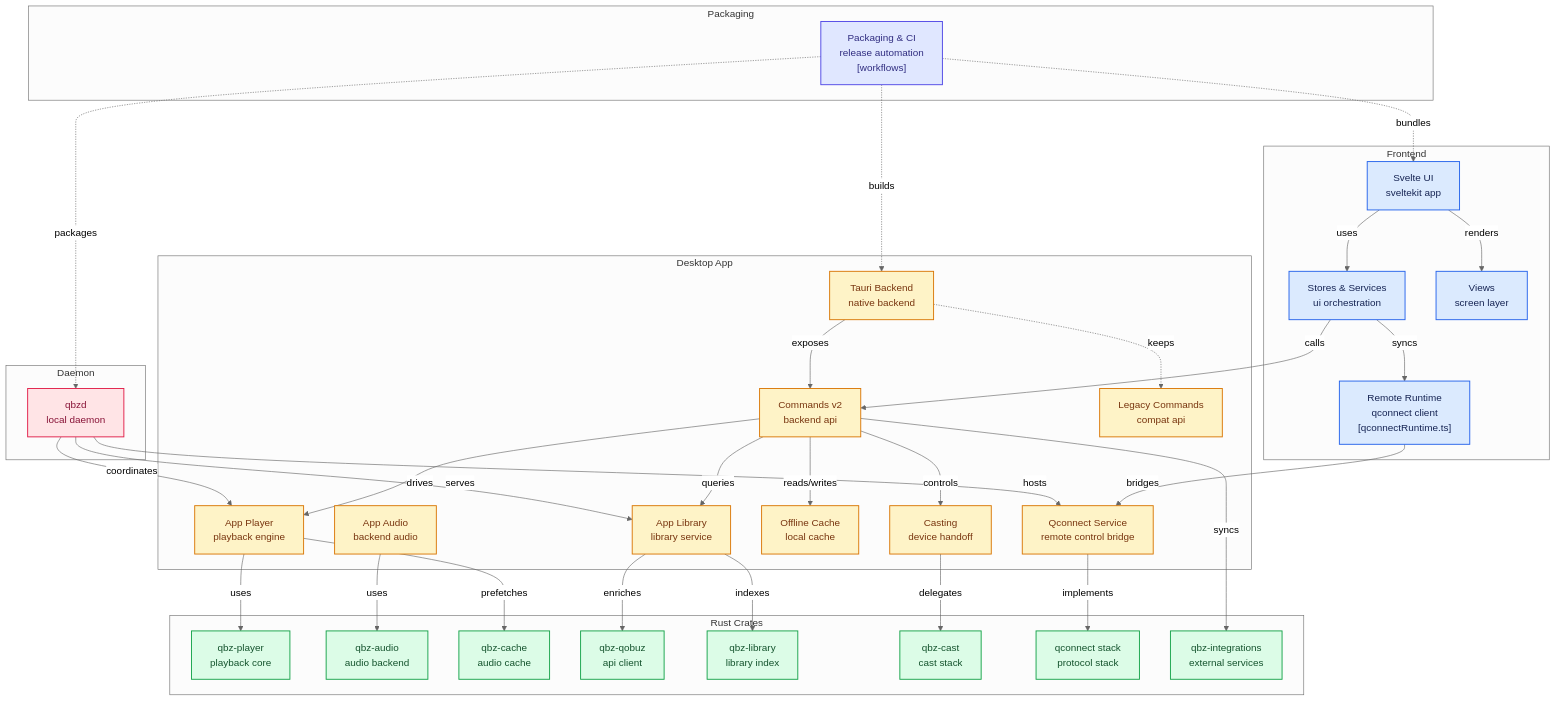
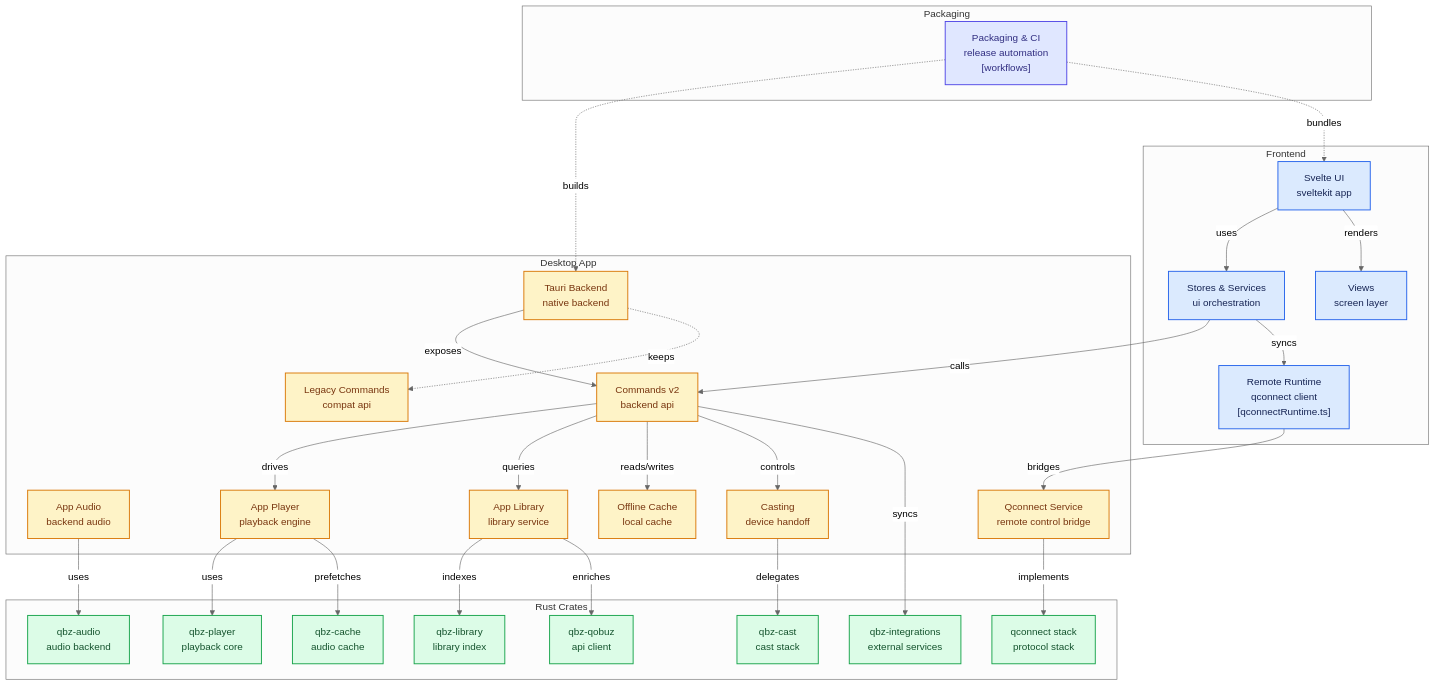
Before and after one commit to afonsojramos/qbz: the diagram in README.md, drawn with Mermaid (neutral theme). The commit also changed 53 other files, not shown here.

First line of the commit message:
chore: remove qbzd headless daemon and its client integration

````diff
--- a/README.md
+++ b/README.md
@@ -338,10 +338,6 @@
   node_rust_integrations["qbz-integrations<br/>external services"]
 end
 
-subgraph group_service["Daemon"]
-  node_daemon["qbzd<br/>local daemon"]
-end
-
 subgraph group_packaging["Packaging"]
   node_packaging_ci["Packaging & CI<br/>release automation<br/>[workflows]"]
 end
@@ -365,11 +361,7 @@
 node_app_library -->|"enriches"| node_rust_qobuz
 node_app_cast -->|"delegates"| node_rust_cast
 node_app_connect -->|"implements"| node_rust_connect
-node_daemon -->|"coordinates"| node_app_player
-node_daemon -->|"serves"| node_app_library
-node_daemon -->|"hosts"| node_app_connect
 node_packaging_ci -.->|"builds"| node_tauri_backend
-node_packaging_ci -.->|"packages"| node_daemon
 node_packaging_ci -.->|"bundles"| node_ui_shell
 
 click node_ui_shell "https://github.com/vicrodh/qbz/tree/main/src"
@@ -393,7 +385,6 @@
 click node_rust_cast "https://github.com/vicrodh/qbz/tree/main/crates/qbz-cast/src"
 click node_rust_connect "https://github.com/vicrodh/qbz/tree/main/crates/qconnect-protocol/src"
 click node_rust_integrations "https://github.com/vicrodh/qbz/tree/main/crates/qbz-integrations/src"
-click node_daemon "https://github.com/vicrodh/qbz/tree/main/crates/qbzd/src"
 click node_packaging_ci "https://github.com/vicrodh/qbz/blob/main/.github/workflows"
 
 classDef toneNeutral fill:#f8fafc,stroke:#334155,stroke-width:1.5px,color:#0f172a
@@ -406,6 +397,5 @@
 class node_ui_shell,node_ui_state,node_ui_views,node_ui_remote toneBlue
 class node_tauri_backend,node_cmd_v2,node_cmd_legacy,node_app_audio,node_app_player,node_app_library,node_app_cache,node_app_cast,node_app_connect toneAmber
 class node_rust_player,node_rust_audio,node_rust_cache,node_rust_qobuz,node_rust_library,node_rust_cast,node_rust_connect,node_rust_integrations toneMint
-class node_daemon toneRose
 class node_packaging_ci toneIndigo
 ```
````
